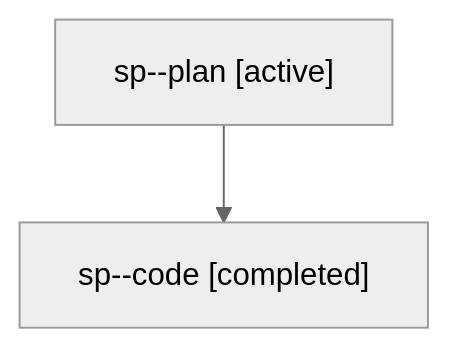
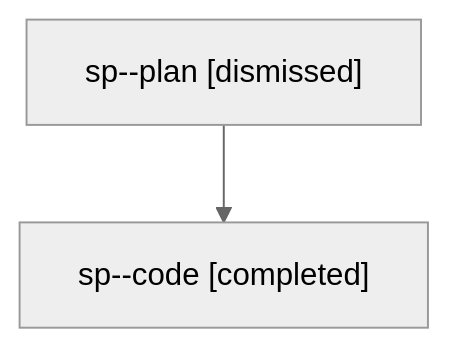
Before and after one commit to sase-org/sase--agents: the diagram in sessions/bbugyi200.athena.sp.md, drawn with Mermaid (neutral theme). The commit also changed other lines of this file and 6 other files, not shown here.

````diff
--- a/sessions/bbugyi200.athena.sp.md
+++ b/sessions/bbugyi200.athena.sp.md
@@ -9,6 +9,6 @@
 ```mermaid
 flowchart TD
-  n0["sp--plan [active]"]
+  n0["sp--plan [dismissed]"]
   n1["sp--code [completed]"]
   n0 --> n1
 ```
````
